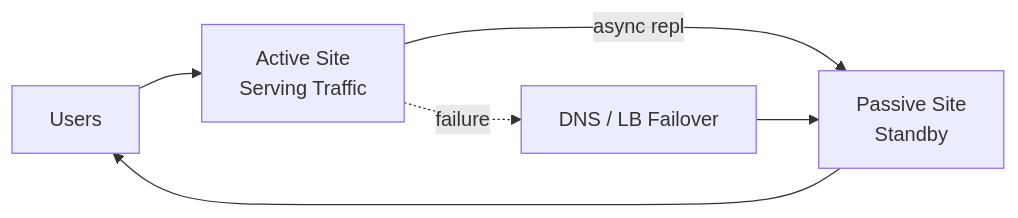
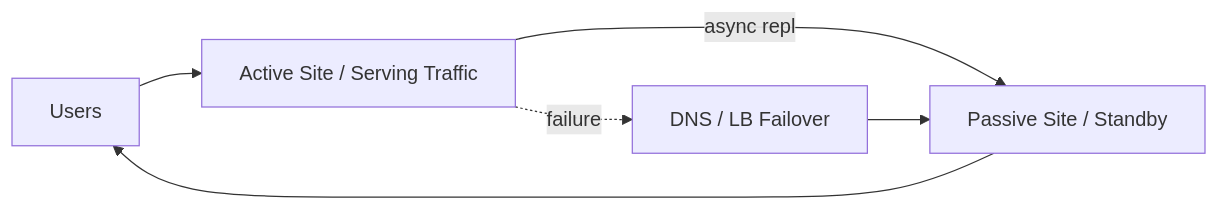
The seventh of 21 diagrams in 12-reliability-engineering/README.md (hareramcse/SystemDesign), drawn with Mermaid before and after one commit. The commit also changed other lines of this file and 14 other files, not shown here.

````diff
--- a/12-reliability-engineering/README.md
+++ b/12-reliability-engineering/README.md
@@ -317,8 +317,8 @@
 ```mermaid
 flowchart LR
-    Users[Users] --> Primary[Active Site<br/>Serving Traffic]
-    Primary -->|async repl| Passive[Passive Site<br/>Standby]
+    Users[Users] --> Primary[Active Site / Serving Traffic]
+    Primary -->|async repl| Passive[Passive Site / Standby]
     Primary -.->|failure| Failover[DNS / LB Failover]
     Failover --> Passive
     Passive --> Users
 ```
````
